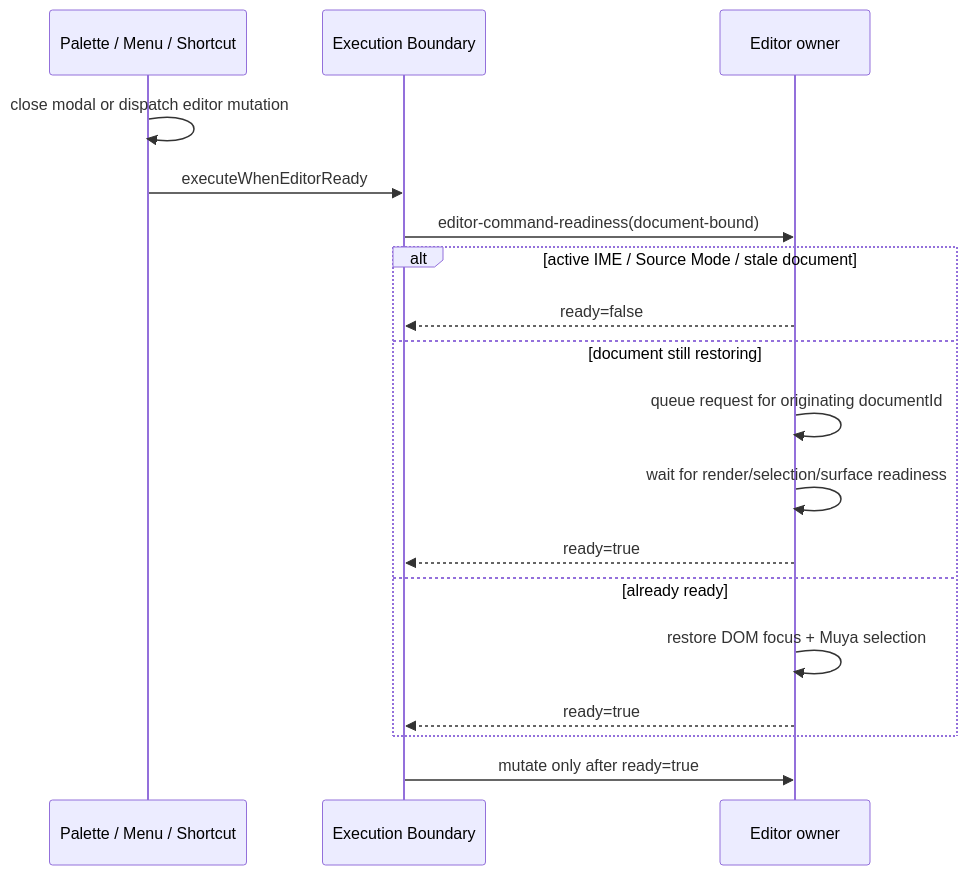
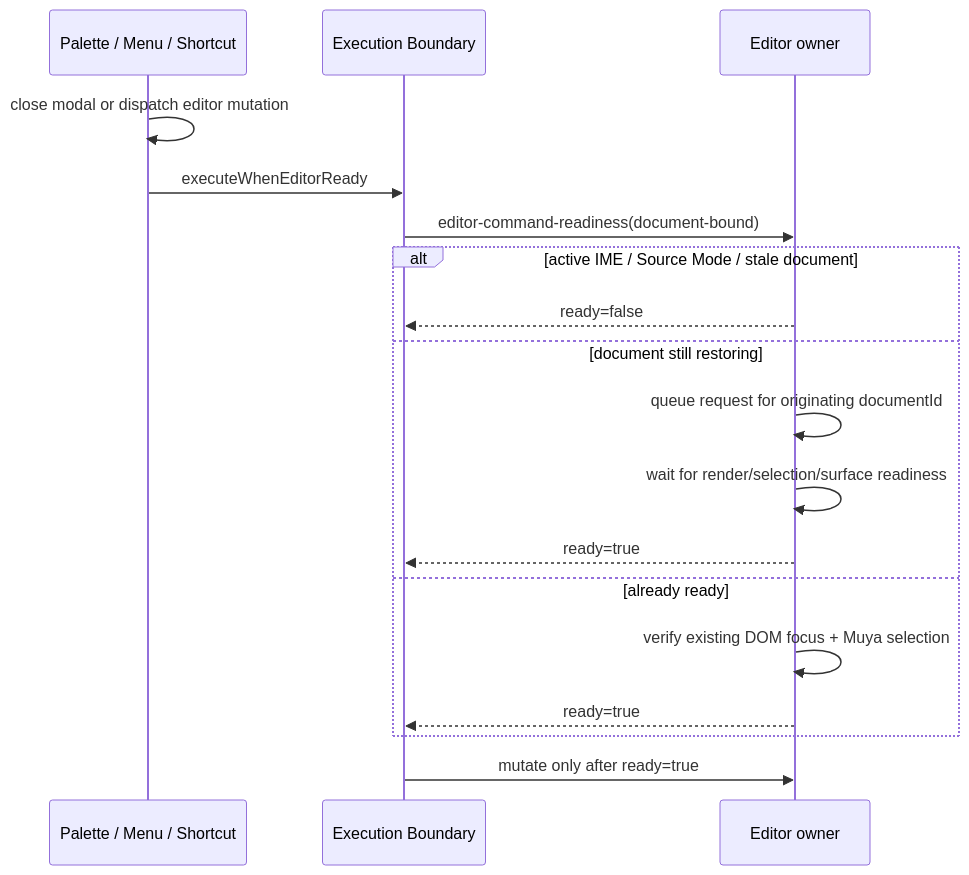
One commit to Bulls1986/Inkiva changed the second of 2 diagrams in docs/correctness/CORRECTNESS-01-COMMAND-FOCUS-READINESS.md. Above: the diagram before and after it, drawn with Mermaid. The commit also changed other lines of this file and 4 other files, not shown here.

````diff
--- a/docs/correctness/CORRECTNESS-01-COMMAND-FOCUS-READINESS.md
+++ b/docs/correctness/CORRECTNESS-01-COMMAND-FOCUS-READINESS.md
@@ -133,20 +133,20 @@
 ```mermaid
 sequenceDiagram
     participant UI as Palette / Menu / Shortcut
     participant X as Execution Boundary
     participant E as Editor owner
     UI->>UI: close modal or dispatch editor mutation
     UI->>X: executeWhenEditorReady
     X->>E: editor-command-readiness(document-bound)
     alt active IME / Source Mode / stale document
         E-->>X: ready=false
     else document still restoring
         E->>E: queue request for originating documentId
         E->>E: wait for render/selection/surface readiness
         E-->>X: ready=true
     else already ready
-        E->>E: restore DOM focus + Muya selection
+        E->>E: verify existing DOM focus + Muya selection
         E-->>X: ready=true
     end
     X->>E: mutate only after ready=true
 ```
````
